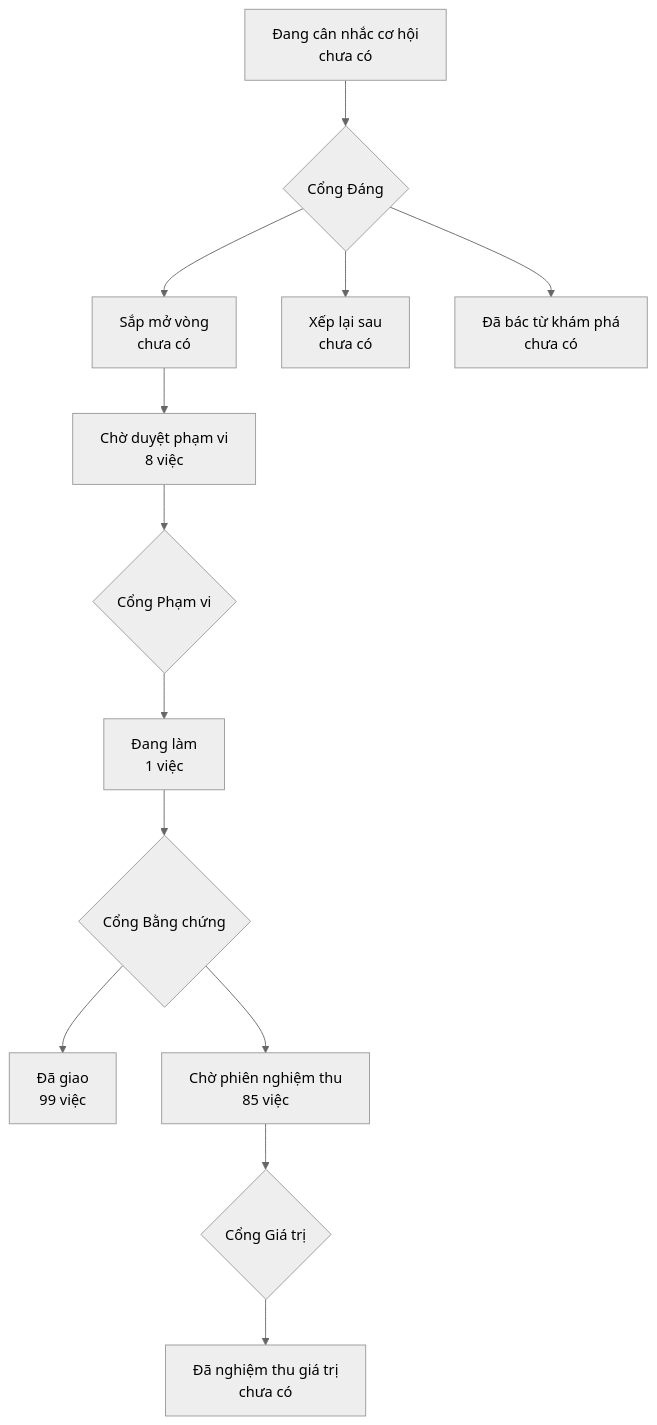
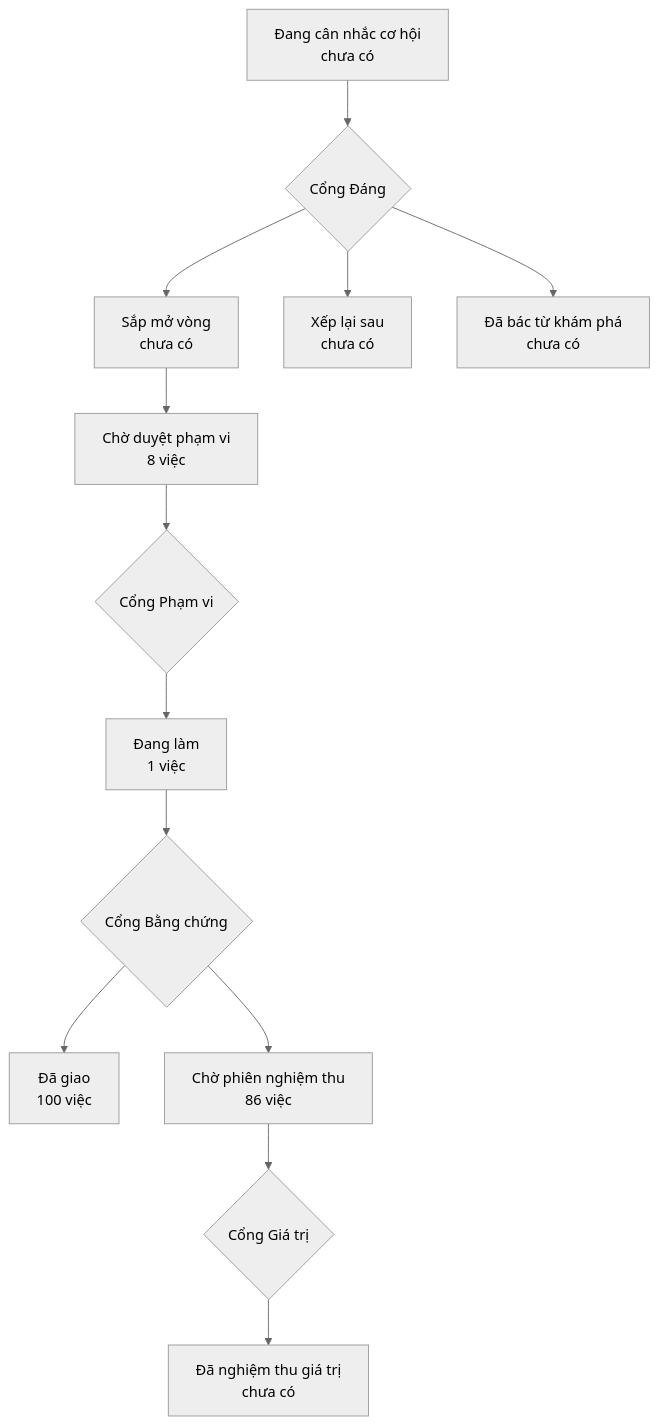
Before and after one commit to phanlemanh/onehub-invest: the diagram in PRODUCT-MAP.md, drawn with Mermaid (neutral theme). The commit also changed other lines of this file and 1 other file, not shown here.

Commit message:
chore(acceptance): vẽ lại bản đồ sau gộp main

````diff
--- a/PRODUCT-MAP.md
+++ b/PRODUCT-MAP.md
@@ -7,12 +7,12 @@
 ```mermaid
 flowchart TD
   A["Đang cân nhắc cơ hội<br/>chưa có"] --> GD{"Cổng Đáng"}
   GD --> B["Sắp mở vòng<br/>chưa có"]
   GD --> XL["Xếp lại sau<br/>chưa có"]
   GD --> DB["Đã bác từ khám phá<br/>chưa có"]
   B --> CD["Chờ duyệt phạm vi<br/>8 việc"] --> GP{"Cổng Phạm vi"}
   GP --> DL["Đang làm<br/>1 việc"] --> GB{"Cổng Bằng chứng"}
-  GB --> DG["Đã giao<br/>99 việc"]
-  GB --> CN["Chờ phiên nghiệm thu<br/>85 việc"] --> GG{"Cổng Giá trị"}
+  GB --> DG["Đã giao<br/>100 việc"]
+  GB --> CN["Chờ phiên nghiệm thu<br/>86 việc"] --> GG{"Cổng Giá trị"}
   GG --> NT["Đã nghiệm thu giá trị<br/>chưa có"]
 ```
````
